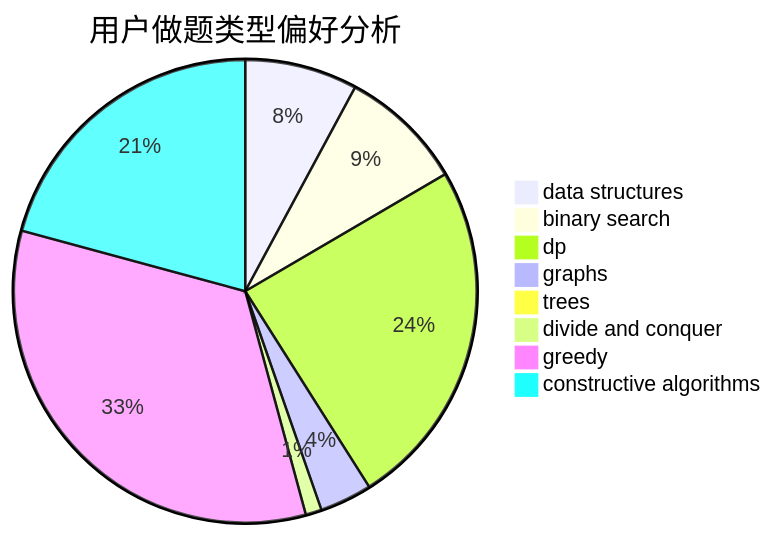
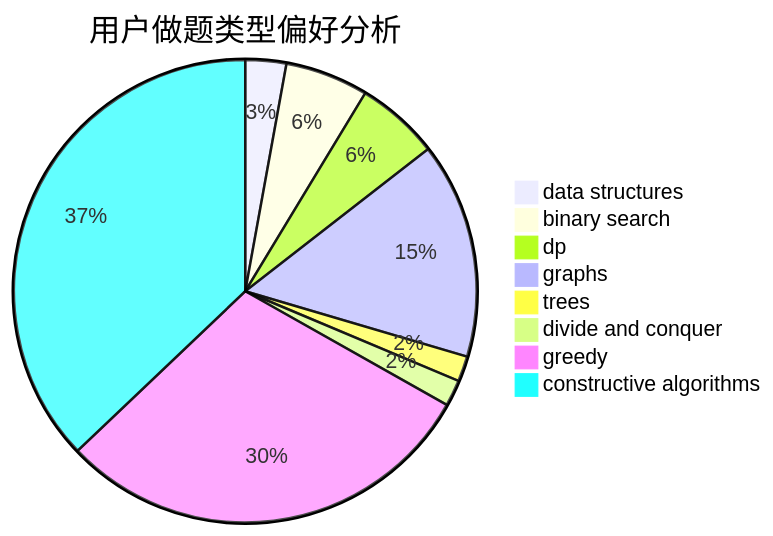
The second of 3 diagrams in docs/user/u2413.md (sherpahu/cfrs.github.io), drawn with Mermaid before and after one commit. The commit also changed other lines of this file and 2770 other files, not shown here.

````diff
--- a/docs/user/u2413.md
+++ b/docs/user/u2413.md
@@ -23,11 +23,11 @@
 ```mermaid
 pie title 用户做题类型偏好分析
-    "data structures" :  28
-    "binary search" :  31
-    "dp" :  87
-    "graphs" :  13
-    "trees" :  2
-    "divide and conquer" :  4
-    "greedy" :  119
-    "constructive algorithms" :  74
+    "data structures" :  53
+    "binary search" :  108
+    "dp" :  108
+    "graphs" :  280
+    "trees" :  33
+    "divide and conquer" :  34
+    "greedy" :  552
+    "constructive algorithms" :  689
 ```
````
